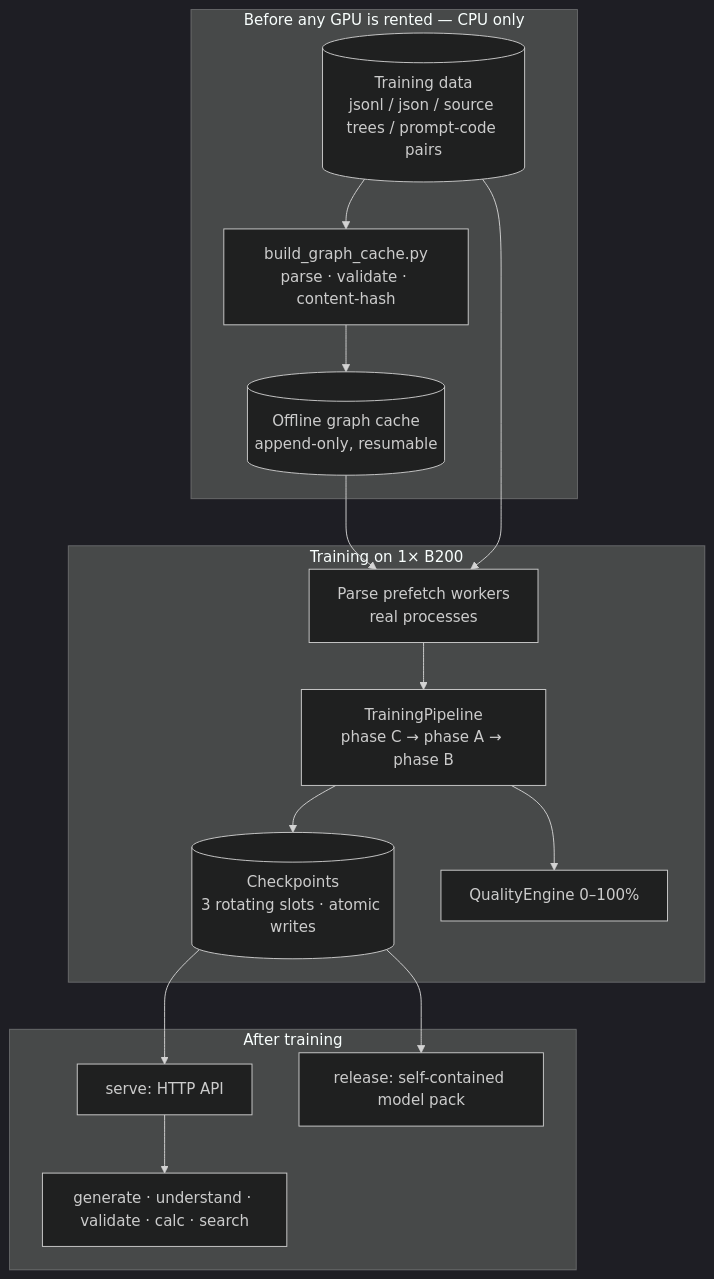
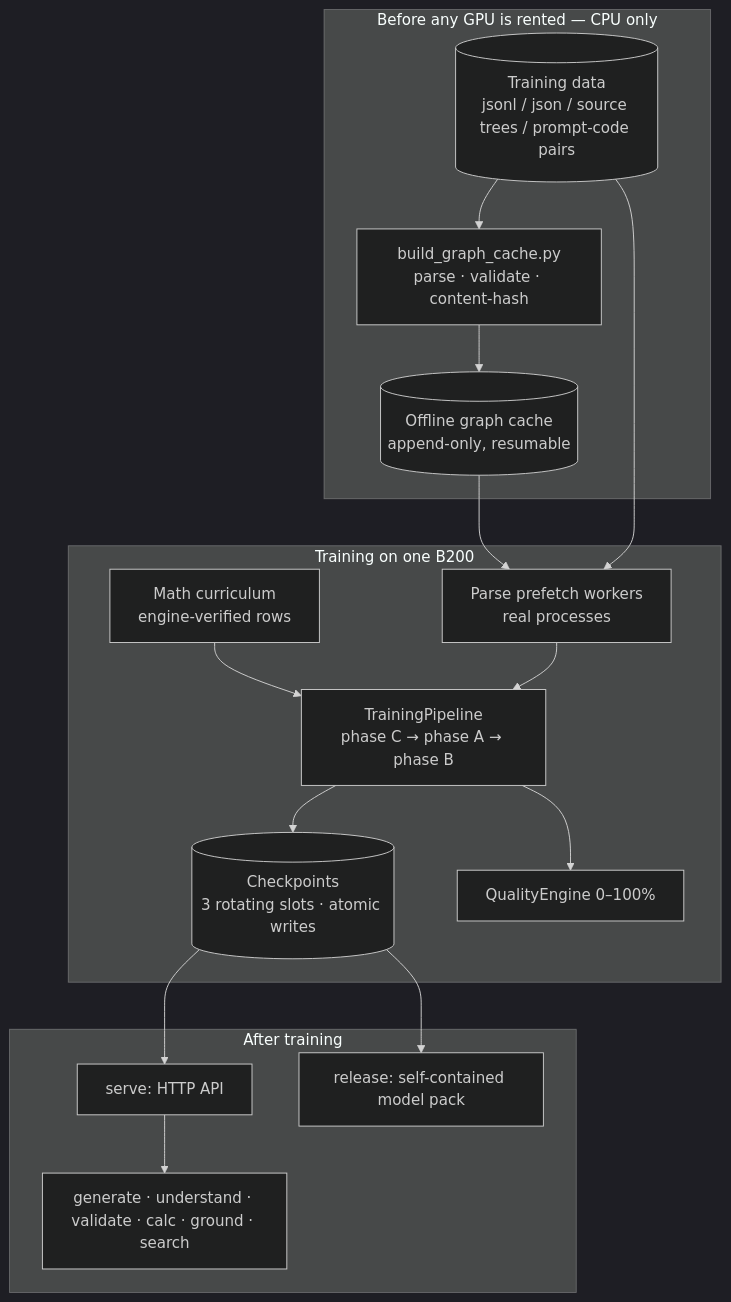
The first of 5 diagrams in README.md (FWKTechnologies/CodeMind-Code-Intelligence), drawn with Mermaid (dark theme) before and after one commit. The commit also changed other lines of this file, not shown here.

````diff
--- a/README.md
+++ b/README.md
@@ -88,19 +92,20 @@
 ```mermaid
 flowchart TB
     subgraph PREP[Before any GPU is rented — CPU only]
       D[(Training data<br/>jsonl / json / source trees / prompt-code pairs)] --> BGC[build_graph_cache.py<br/>parse · validate · content-hash]
       BGC --> GC[(Offline graph cache<br/>append-only, resumable)]
     end
-    subgraph TRAIN[Training on 1× B200]
+    subgraph TRAIN[Training on one B200]
       GC --> PF[Parse prefetch workers<br/>real processes]
       D --> PF
+      MC[Math curriculum<br/>engine-verified rows] --> PIPE
       PF --> PIPE[TrainingPipeline<br/>phase C → phase A → phase B]
       PIPE --> CK[(Checkpoints<br/>3 rotating slots · atomic writes)]
       PIPE --> Q[QualityEngine 0–100%]
     end
     subgraph SERVE[After training]
       CK --> API[serve: HTTP API]
       CK --> REL[release: self-contained model pack]
-      API --> GEN[generate · understand · validate · calc · search]
+      API --> GEN[generate · understand · validate · calc · ground · search]
     end
 ```
````
